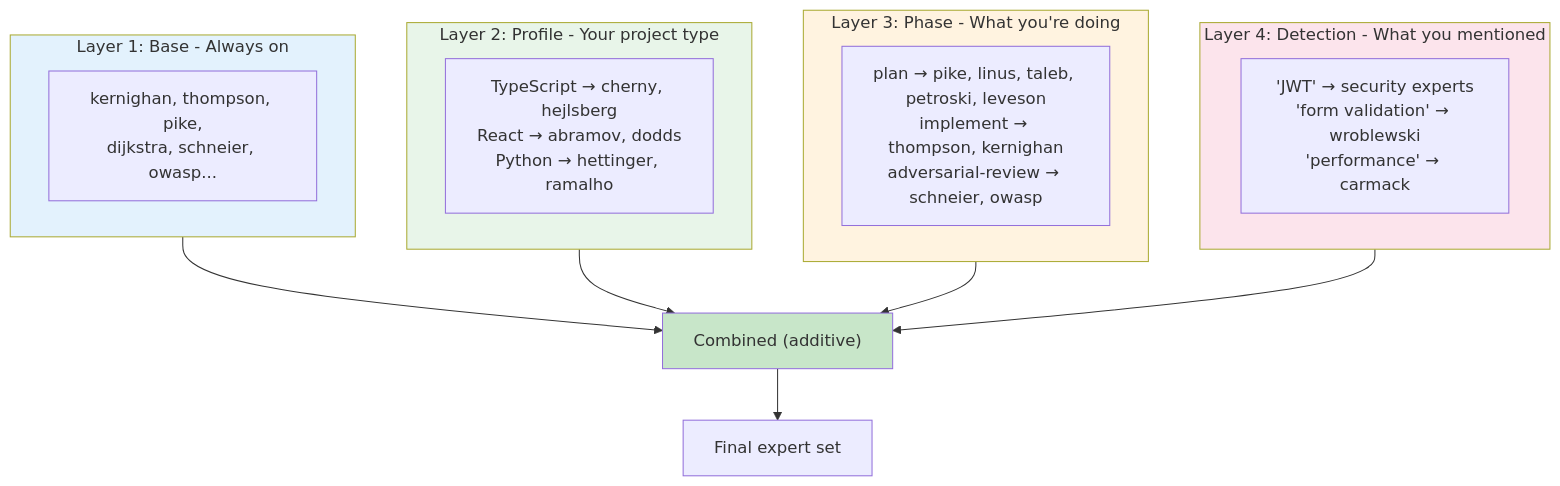
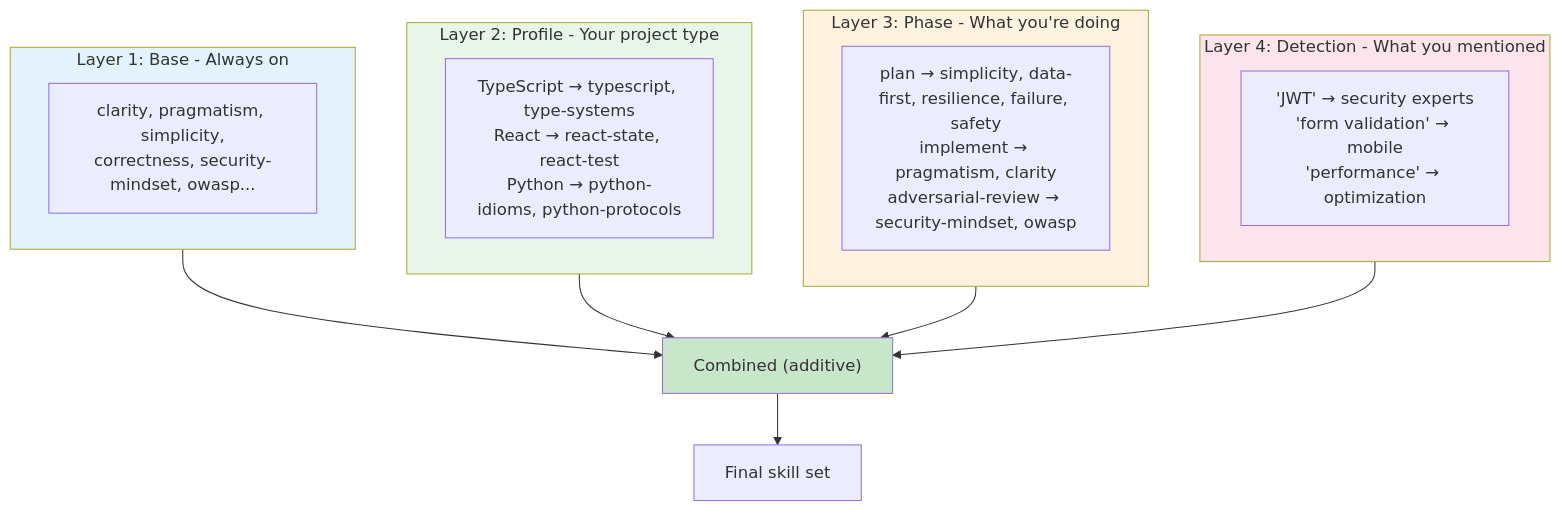
The diagram in documentation/explanation/how-skills-load.md (Objective-Arts/lens), drawn with Mermaid before and after one commit. The commit also changed other lines of this file and 33 other files, not shown here.

````diff
--- a/documentation/explanation/how-skills-load.md
+++ b/documentation/explanation/how-skills-load.md
@@ -5,31 +12,31 @@
 ```mermaid
 flowchart TB
     subgraph L1["Layer 1: Base - Always on"]
-        BASE["kernighan, thompson, pike,<br/>dijkstra, schneier, owasp..."]
+        BASE["clarity, pragmatism, simplicity,<br/>correctness, security-mindset, owasp..."]
     end
 
     subgraph L2["Layer 2: Profile - Your project type"]
-        PROFILE["TypeScript → cherny, hejlsberg<br/>React → abramov, dodds<br/>Python → hettinger, ramalho"]
+        PROFILE["TypeScript → typescript, type-systems<br/>React → react-state, react-test<br/>Python → python-idioms, python-protocols"]
     end
 
     subgraph L3["Layer 3: Phase - What you're doing"]
-        PHASE["plan → pike, linus, taleb, petroski, leveson<br/>implement → thompson, kernighan<br/>adversarial-review → schneier, owasp"]
+        PHASE["plan → simplicity, data-first, resilience, failure, safety<br/>implement → pragmatism, clarity<br/>adversarial-review → security-mindset, owasp"]
     end
 
     subgraph L4["Layer 4: Detection - What you mentioned"]
-        DETECT["'JWT' → security experts<br/>'form validation' → wroblewski<br/>'performance' → carmack"]
+        DETECT["'JWT' → security experts<br/>'form validation' → mobile<br/>'performance' → optimization"]
     end
 
     L1 --> MERGE
     L2 --> MERGE
     L3 --> MERGE
     L4 --> MERGE
 
-    MERGE["Combined (additive)"] --> RESULT["Final expert set"]
+    MERGE["Combined (additive)"] --> RESULT["Final skill set"]
 
     style L1 fill:#e3f2fd
     style L2 fill:#e8f5e9
     style L3 fill:#fff3e0
     style L4 fill:#fce4ec
     style MERGE fill:#c8e6c9
 ```
````
